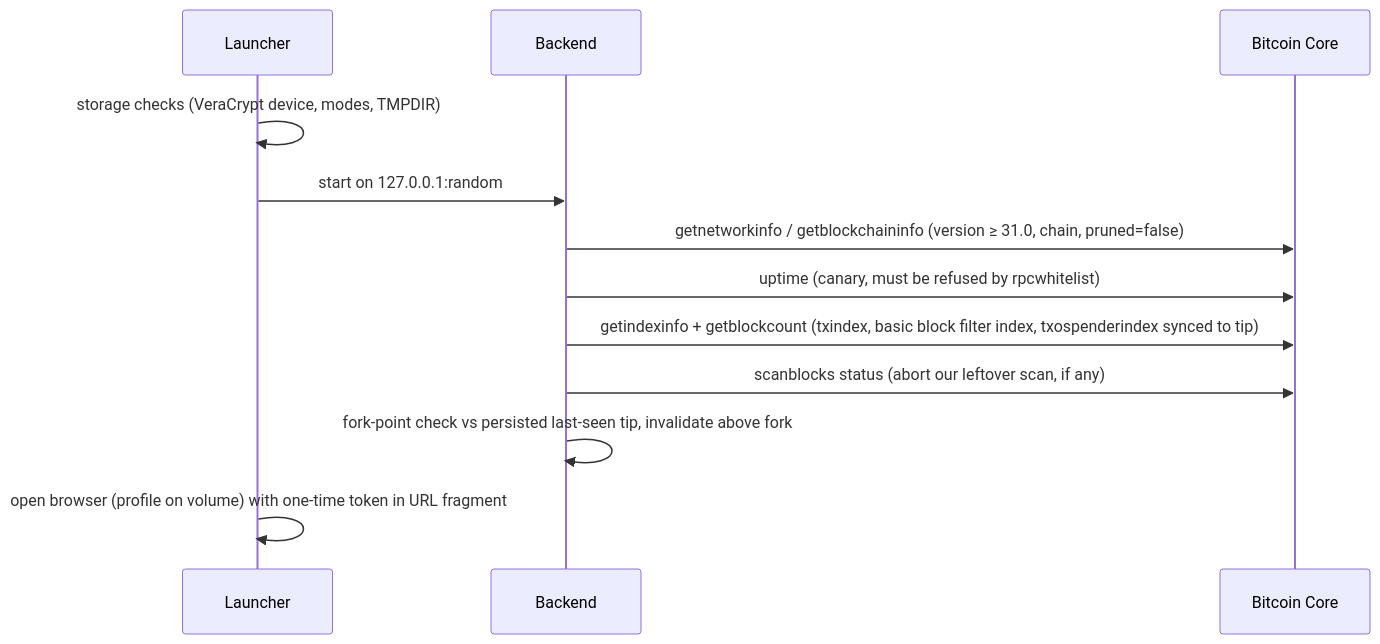
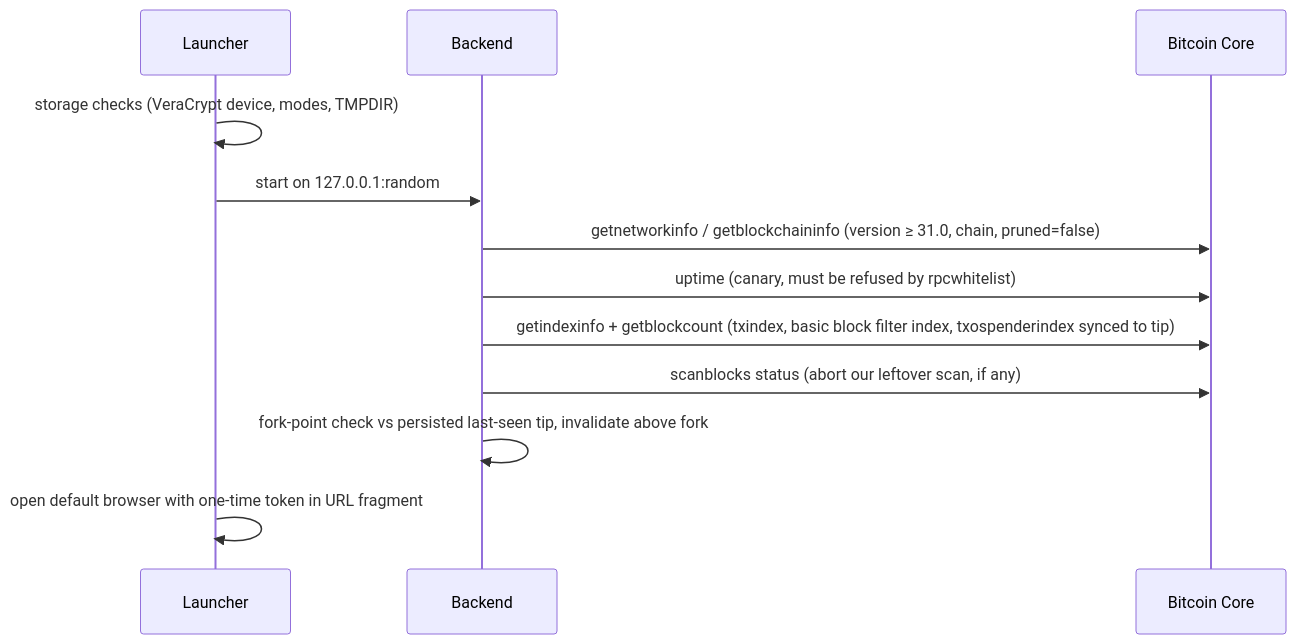
One commit to kristovatlas/coin-accounting changed the fourth of 8 diagrams in docs/architecture.md. Above: the diagram before and after it, drawn with Mermaid. The commit also changed other lines of this file and 1 other file, not shown here.

Commit message:
No managed browser profile in v1: open default browser, accept R-5

````diff
--- a/docs/architecture.md
+++ b/docs/architecture.md
@@ -179,14 +177,14 @@
 ```mermaid
 sequenceDiagram
   participant L as Launcher
   participant B as Backend
   participant N as Bitcoin Core
   L->>L: storage checks (VeraCrypt device, modes, TMPDIR)
   L->>B: start on 127.0.0.1:random
   B->>N: getnetworkinfo / getblockchaininfo (version ≥ 31.0, chain, pruned=false)
   B->>N: uptime (canary, must be refused by rpcwhitelist)
   B->>N: getindexinfo + getblockcount (txindex, basic block filter index, txospenderindex synced to tip)
   B->>N: scanblocks status (abort our leftover scan, if any)
   B->>B: fork-point check vs persisted last-seen tip, invalidate above fork
-  L->>L: open browser (profile on volume) with one-time token in URL fragment
+  L->>L: open default browser with one-time token in URL fragment
 ```
````
